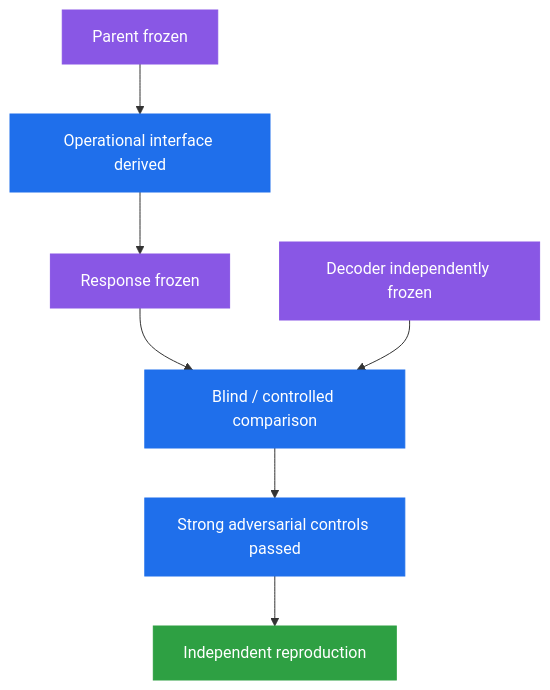
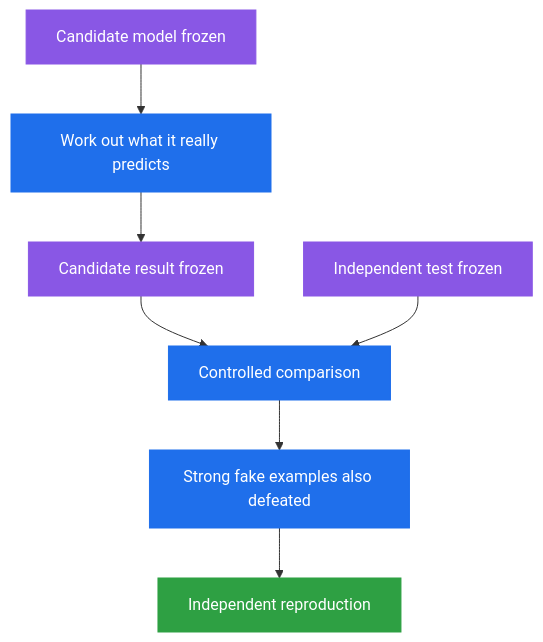
The fourth of 5 diagrams in Simplified_Framework/WHY_THIS_IS_NOT_A_THEORY_OF_EVERYTHING_YET.md (cameron467/The-Unbreakable-Law), drawn with Mermaid before and after one commit. The commit also changed other lines of this file, not shown here.

````diff
--- a/Simplified_Framework/WHY_THIS_IS_NOT_A_THEORY_OF_EVERYTHING_YET.md
+++ b/Simplified_Framework/WHY_THIS_IS_NOT_A_THEORY_OF_EVERYTHING_YET.md
@@ -355,28 +349,34 @@
 ```mermaid
 flowchart TB
 
-    A["Parent frozen"]
-    B["Operational interface derived"]
-    C["Response frozen"]
-    D["Decoder independently frozen"]
-    E["Blind / controlled comparison"]
-    F["Strong adversarial controls passed"]
+    A["Candidate model frozen"]
+
+    B["Work out what it really predicts"]
+
+    C["Candidate result frozen"]
+
+    D["Independent test frozen"]
+
+    E["Controlled comparison"]
+
+    F["Strong fake examples also defeated"]
+
     G["Independent reproduction"]
 
     A --> B
     B --> C
     C --> E
 
     D --> E
 
     E --> F
     F --> G
 
     classDef frozen fill:#8957e5,stroke:#8957e5,color:#ffffff;
     classDef test fill:#1f6feb,stroke:#1f6feb,color:#ffffff;
     classDef audit fill:#2ea043,stroke:#2ea043,color:#ffffff;
 
     class A,C,D frozen;
     class B,E,F test;
     class G audit;
 ```
````
